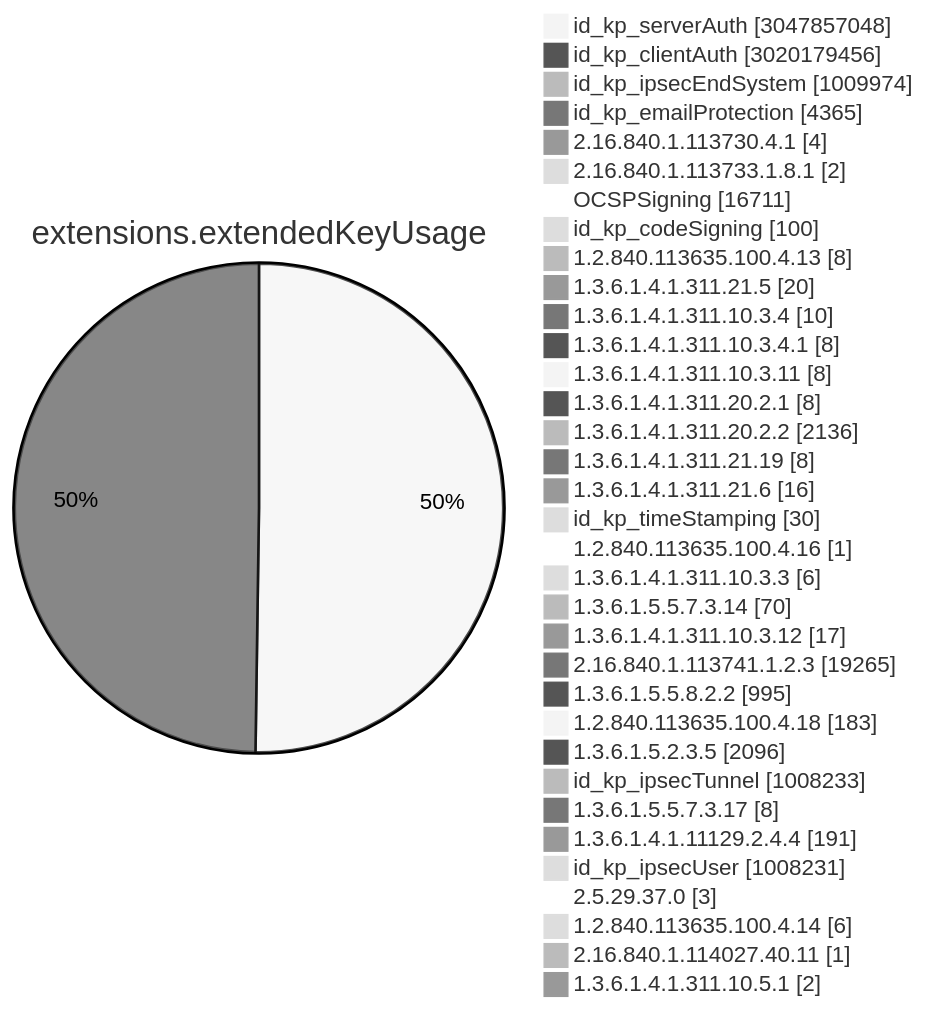
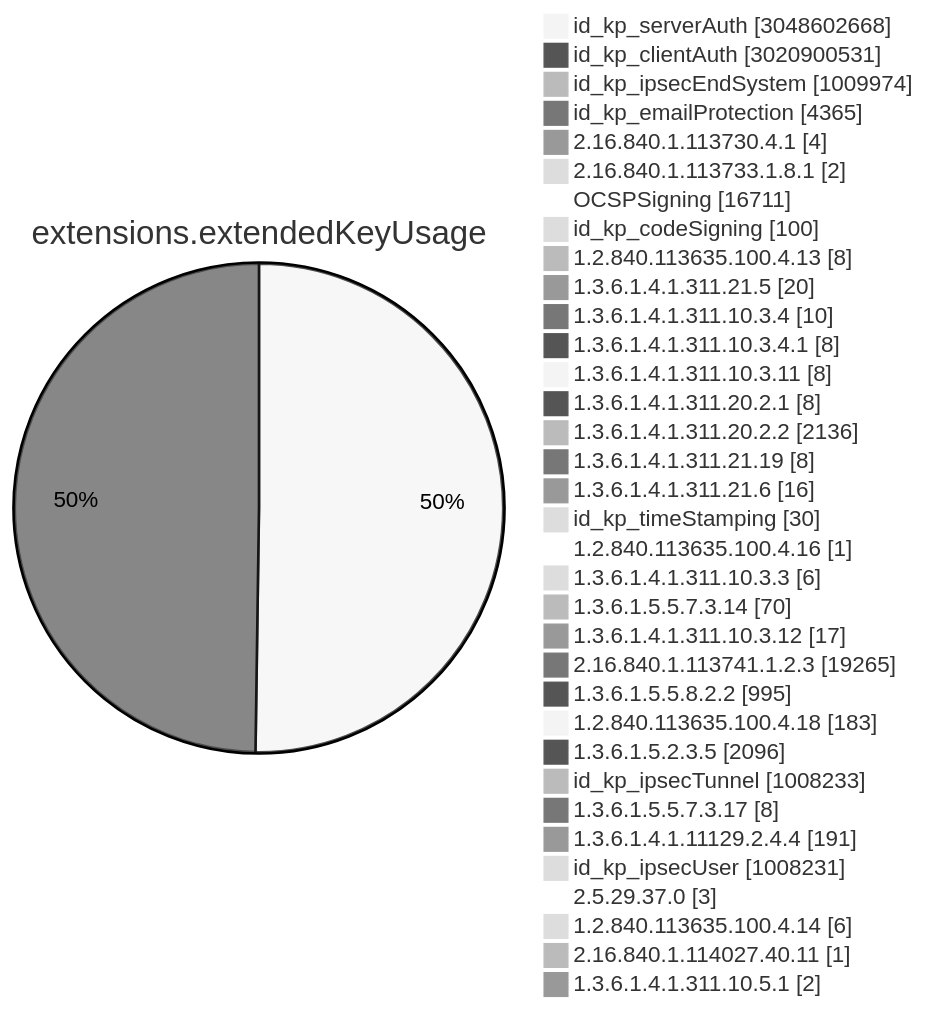
One commit to christiankrug/ctmonitor_visualization changed diagram 11 of 15 in TOTAL/README.md. Above: the diagram before and after it, drawn with Mermaid (neutral theme). The commit also changed other lines of this file, not shown here.

````diff
--- a/TOTAL/README.md
+++ b/TOTAL/README.md
@@ -4116,38 +4116,38 @@
 ```mermaid
 pie showData
 title extensions.extendedKeyUsage
-"id_kp_serverAuth" :3047857048
-"id_kp_clientAuth" :3020179456
+"id_kp_serverAuth" :3048602668
+"id_kp_clientAuth" :3020900531
 "id_kp_ipsecEndSystem" :1009974
 "id_kp_emailProtection" :4365
 "2.16.840.1.113730.4.1" :4
 "2.16.840.1.113733.1.8.1" :2
 "OCSPSigning" :16711
 "id_kp_codeSigning" :100
 "1.2.840.113635.100.4.13" :8
 "1.3.6.1.4.1.311.21.5" :20
 "1.3.6.1.4.1.311.10.3.4" :10
 "1.3.6.1.4.1.311.10.3.4.1" :8
 "1.3.6.1.4.1.311.10.3.11" :8
 "1.3.6.1.4.1.311.20.2.1" :8
 "1.3.6.1.4.1.311.20.2.2" :2136
 "1.3.6.1.4.1.311.21.19" :8
 "1.3.6.1.4.1.311.21.6" :16
 "id_kp_timeStamping" :30
 "1.2.840.113635.100.4.16" :1
 "1.3.6.1.4.1.311.10.3.3" :6
 "1.3.6.1.5.5.7.3.14" :70
 "1.3.6.1.4.1.311.10.3.12" :17
 "2.16.840.1.113741.1.2.3" :19265
 "1.3.6.1.5.5.8.2.2" :995
 "1.2.840.113635.100.4.18" :183
 "1.3.6.1.5.2.3.5" :2096
 "id_kp_ipsecTunnel" :1008233
 "1.3.6.1.5.5.7.3.17" :8
 "1.3.6.1.4.1.11129.2.4.4" :191
 "id_kp_ipsecUser" :1008231
 "2.5.29.37.0" :3
 "1.2.840.113635.100.4.14" :6
 "2.16.840.1.114027.40.11" :1
 "1.3.6.1.4.1.311.10.5.1" :2
 ```
````
